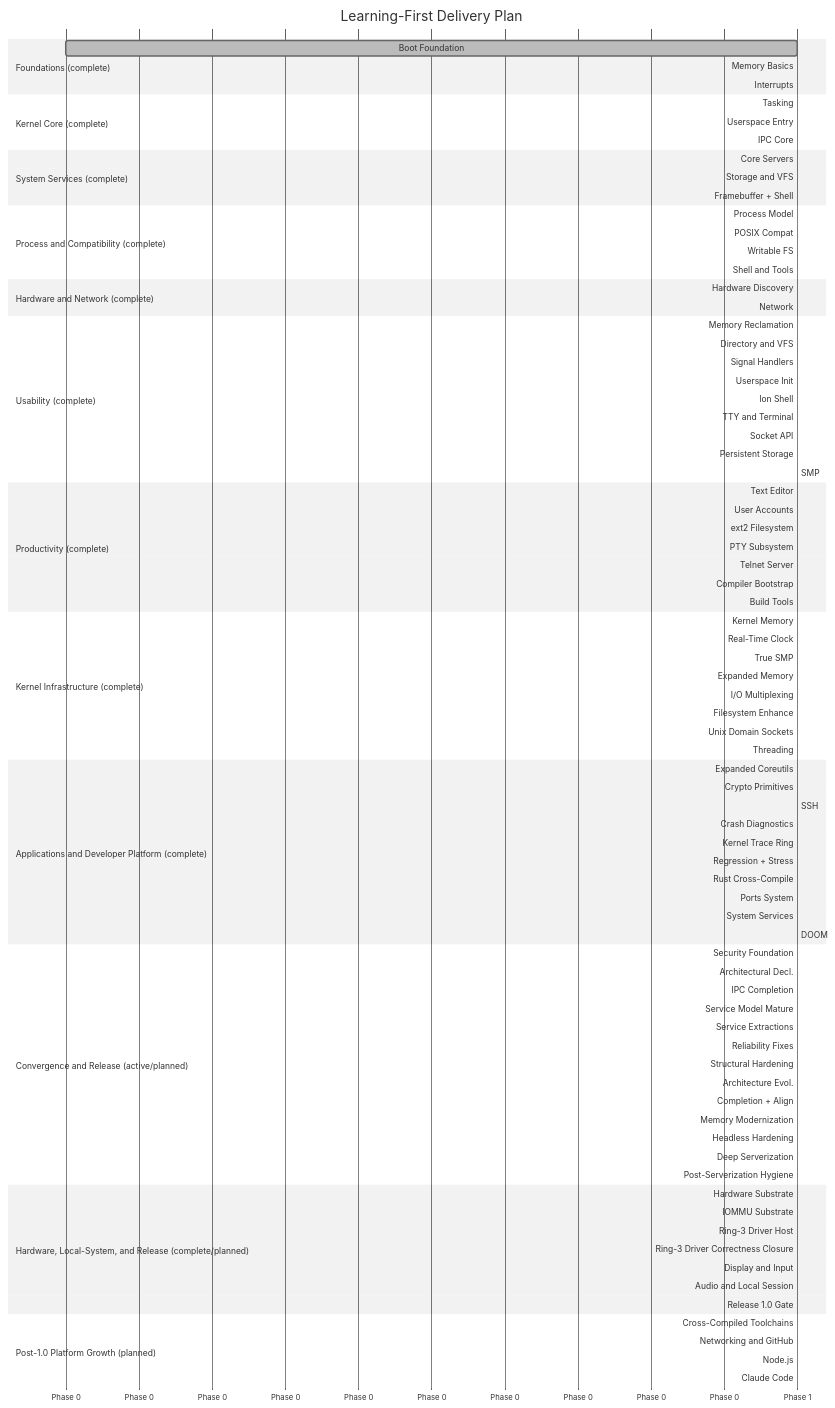
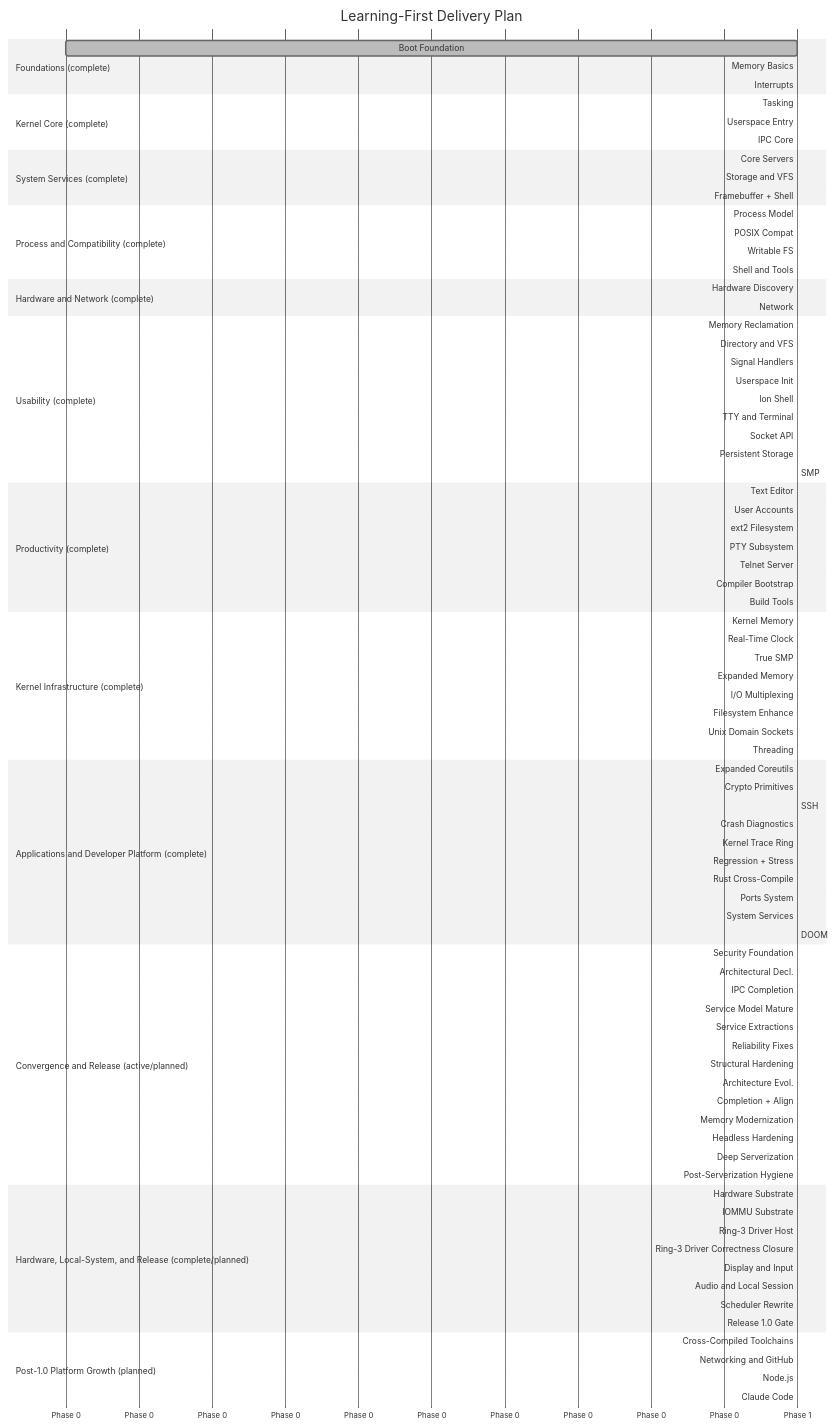
The second of 2 diagrams in docs/roadmap/README.md (mikecubed/m3OS), drawn with Mermaid (neutral theme) before and after one commit. The commit also changed other lines of this file and 2 other files, not shown here.

Commit message:
docs: Phase 57a scheduler block/wake protocol rewrite plan (#128)

```diff
--- a/docs/roadmap/README.md
+++ b/docs/roadmap/README.md
@@ -405,6 +408,7 @@
     Ring-3 Driver Correctness Closure :p55c, after p55b, 1
     Display and Input       :p56, after p55b, 1
     Audio and Local Session :p57, after p56, 1
+    Scheduler Rewrite       :p57a, after p57, 1
     Release 1.0 Gate        :p58, after p55c, 1
 
     section Post-1.0 Platform Growth (planned)
```
